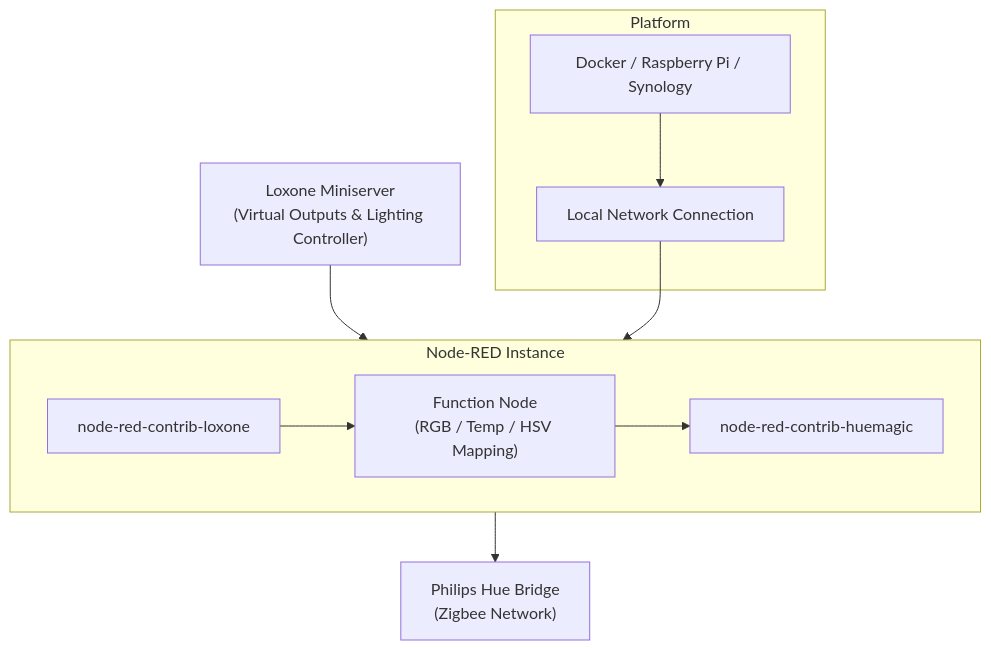
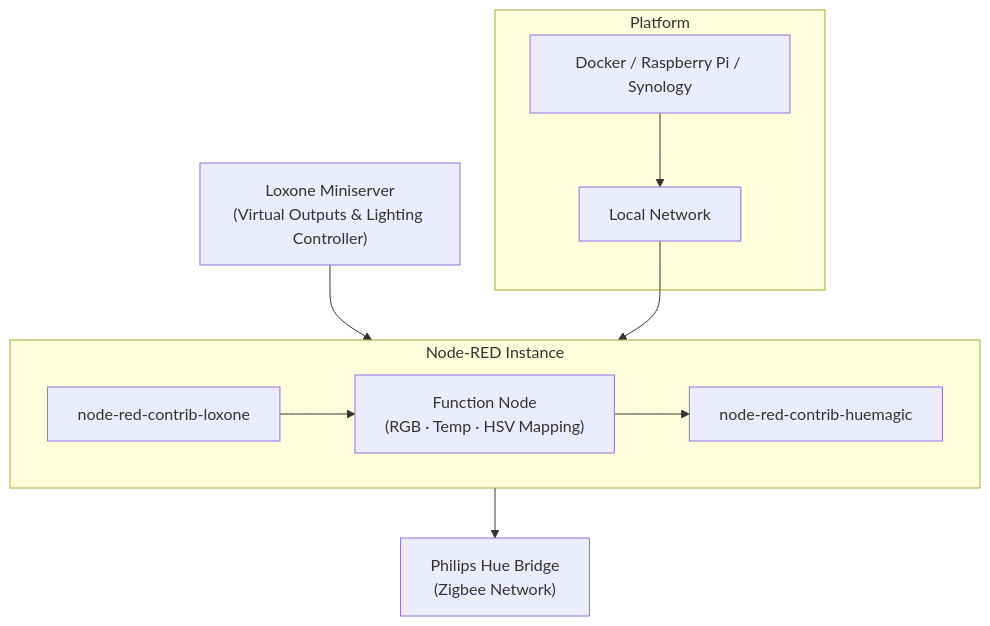
The diagram in README.md (gwankho/Loxone-hue-bridge), drawn with Mermaid before and after one commit.

````diff
--- a/README.md
+++ b/README.md
@@ -54,20 +54,20 @@
 ```mermaid
 flowchart TB
-    A["Loxone Miniserver\n(Virtual Outputs & Lighting Controller)"] --> B["Node-RED Bridge Logic"]
-    B --> C["Philips Hue Bridge\n(Zigbee Network)"]
+  L["Loxone Miniserver<br/>(Virtual Outputs & Lighting Controller)"] --> NR
+  NR --> H["Philips Hue Bridge<br/>(Zigbee Network)"]
 
-    subgraph B ["Node-RED Instance"]
-        B1["node-red-contrib-loxone"]
-        B2["Function Node\n(RGB / Temp / HSV Mapping)"]
-        B3["node-red-contrib-huemagic"]
-        B1 --> B2 --> B3
-    end
+  subgraph NR ["Node-RED Instance"]
+    NR1["node-red-contrib-loxone"]
+    NR2["Function Node<br/>(RGB · Temp · HSV Mapping)"]
+    NR3["node-red-contrib-huemagic"]
+    NR1 --> NR2 --> NR3
+  end
 
-    subgraph D ["Platform"]
-        D1["Docker / Raspberry Pi / Synology"]
-        D2["Local Network Connection"]
-        D1 --> D2
-    end
+  subgraph P ["Platform"]
+    P1["Docker / Raspberry Pi / Synology"]
+    P2["Local Network"]
+    P1 --> P2
+  end
 
-    D2 --> B
+  P2 --> NR
 ```
````
